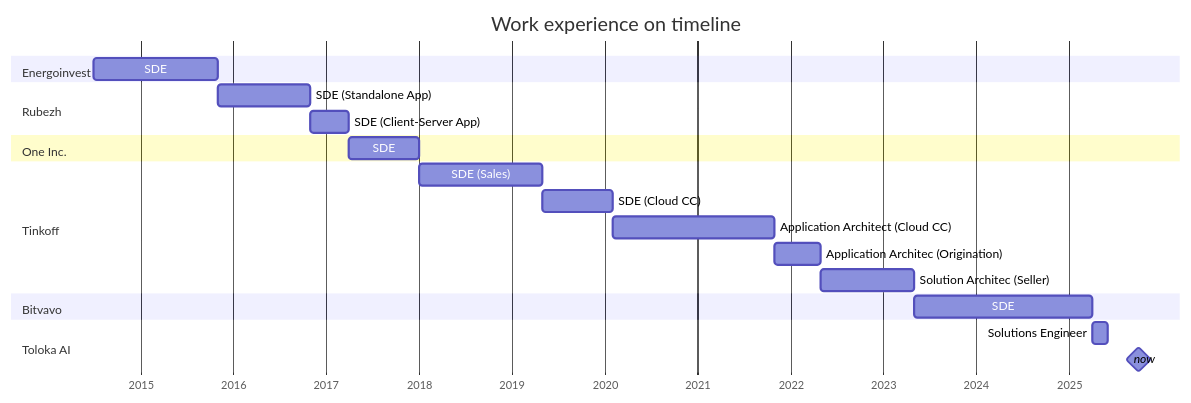
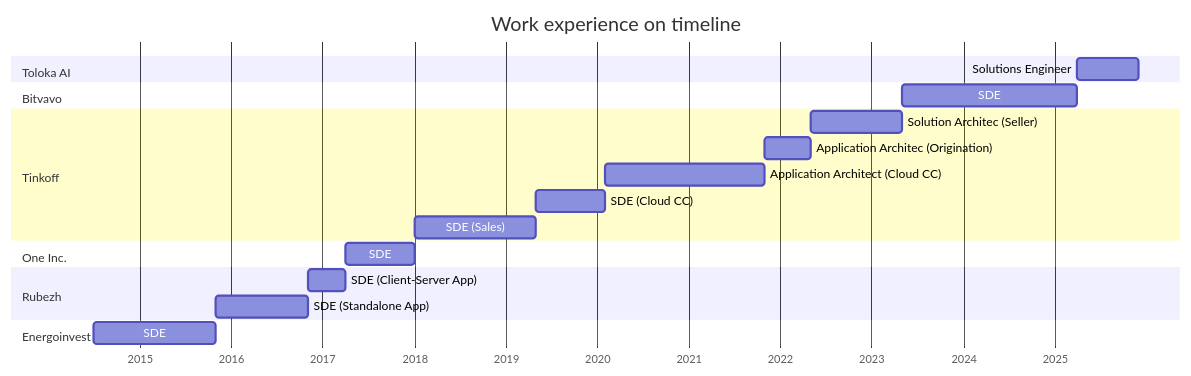
Before and after one commit to vladar107/vladar107: the diagram in cv.md, drawn with Mermaid.

````diff
--- a/cv.md
+++ b/cv.md
@@ -26,31 +26,30 @@
 ```mermaid
 gantt
     title Work experience on timeline
     dateFormat  YYYY-MM
     axisFormat  %Y
     todayMarker stroke-width:5px, opacity:0.75
-    
-    section Energoinvest
-    SDE                                 :sd1, 2014-07, 2015-11
-    
-    section Rubezh
-    SDE (Standalone App)                :sd2, after sd1, 2016-11
-    SDE (Client-Server App)             :sd3, after sd2, 2017-04
-    
-    section One Inc.
-    SDE                                 :sd4, after sd3, 2018-01
-    
-    section Tinkoff
-    SDE (Sales)                         :sd5, after sd4, 2019-05
-    SDE (Cloud CC)                      :sd6, after sd5, 2020-02
-    Application Architect (Cloud CC)    :tl1, after sd6, 2021-11
-    Application Architec (Origination)  :tl2, after tl1, 2022-05
-    Solution Architec (Seller)          :tl3, after tl2, 2023-05
+
+    section Toloka AI
+    Solutions Engineer                  :se1, after sd7, 2025-12
 
     section Bitvavo
     SDE                                 :sd7, after tl3, 2025-04
 
-    section Toloka AI
-    Solutions Engineer                  :se1, after sd7, 2025-06
-    now                                 :milestone, 2025-10, 1s
+    section Tinkoff
+    Solution Architec (Seller)          :tl3, after tl2, 2023-05
+    Application Architec (Origination)  :tl2, after tl1, 2022-05
+    Application Architect (Cloud CC)    :tl1, after sd6, 2021-11
+    SDE (Cloud CC)                      :sd6, after sd5, 2020-02
+    SDE (Sales)                         :sd5, after sd4, 2019-05
+
+    section One Inc.
+    SDE                                 :sd4, after sd3, 2018-01
+
+    section Rubezh
+    SDE (Client-Server App)             :sd3, after sd2, 2017-04
+    SDE (Standalone App)                :sd2, after sd1, 2016-11
+
+    section Energoinvest
+    SDE                                 :sd1, 2014-07, 2015-11
 ```
````
